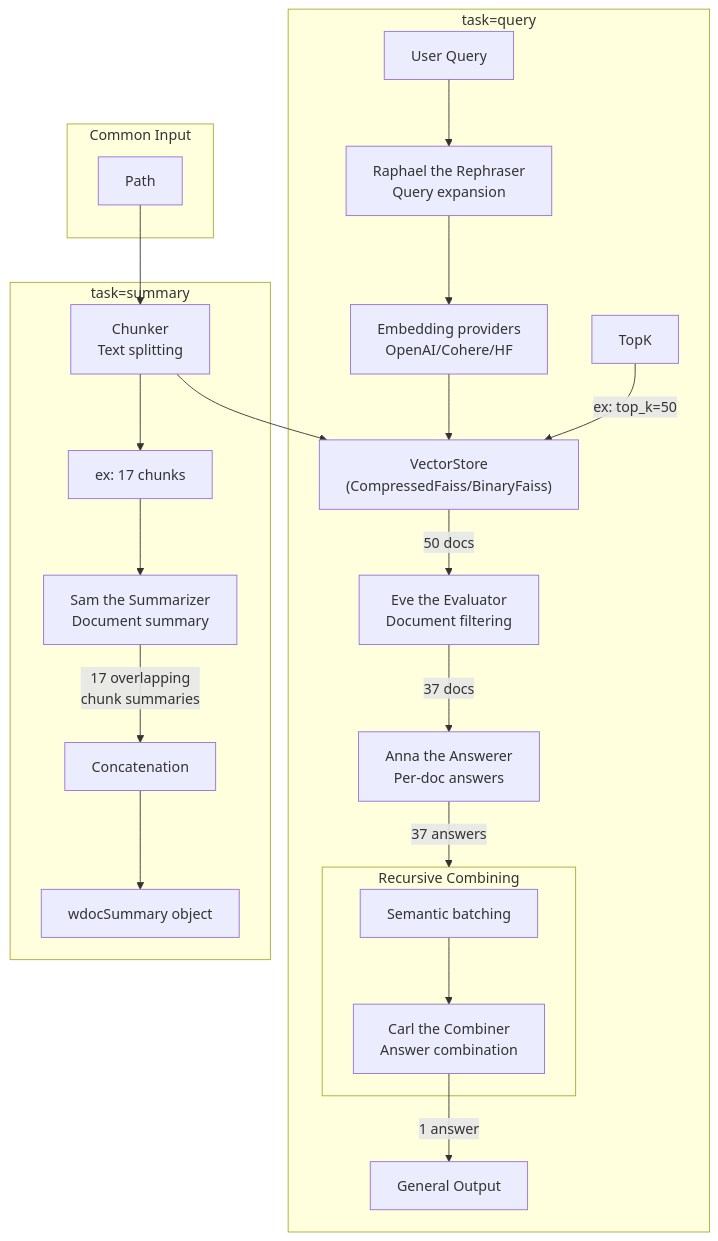
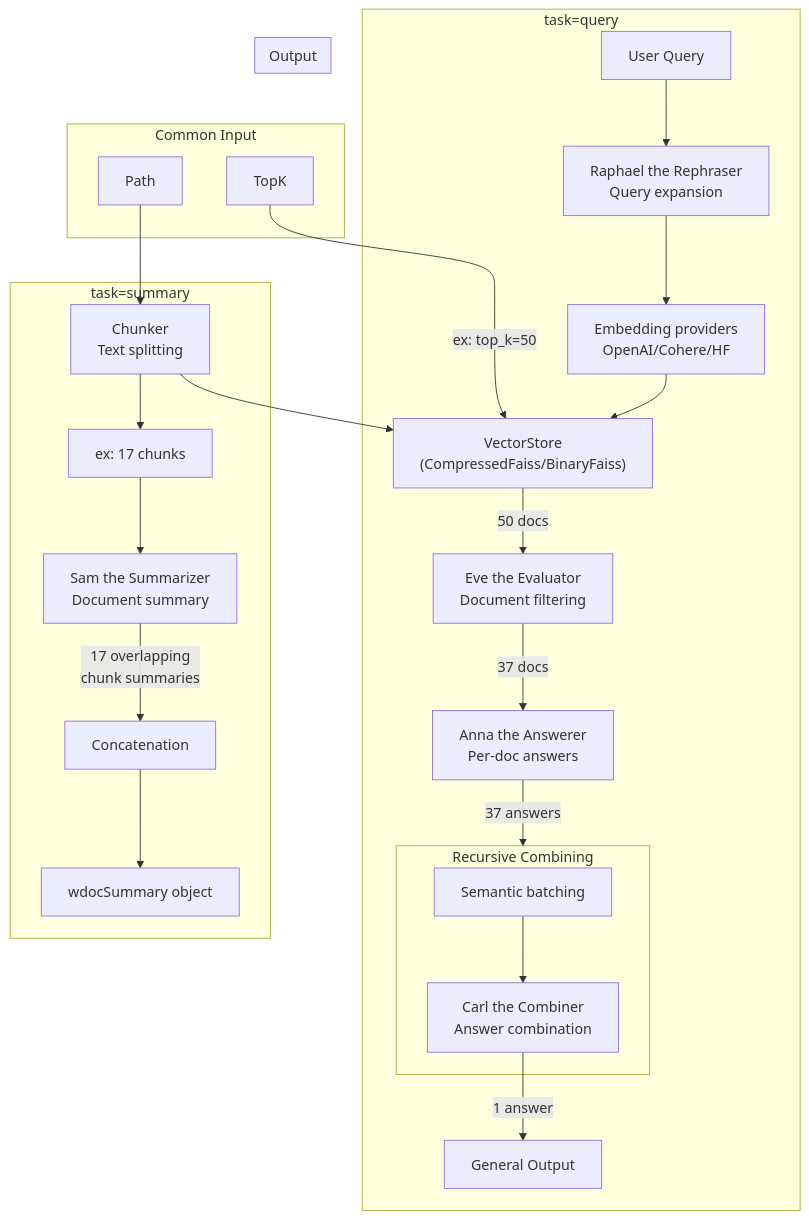
One commit to thiswillbeyourgithub/wdoc changed the diagram in images/diagram.mmd. Above: the diagram before and after it, drawn with Mermaid.

Commit message:
refactor: restructure diagram with common input, output box, and task-specific changes

```diff
--- a/images/diagram.mmd
+++ b/images/diagram.mmd
@@ -1,48 +1,53 @@
 flowchart TD
     subgraph CommonInput["Common Input"]
         Path["Path"]
+        TopK["TopK"]
     end
 
     Embeddings["Embedding providers<br/>OpenAI/Cohere/HF"]
     VectorStore["VectorStore<br/>(CompressedFaiss/BinaryFaiss)"]
     Chunker["Chunker<br/>Text splitting"]
 
     Path --> Chunker
     Chunker --> VectorStore
     Embeddings --> VectorStore
 
     subgraph QueryTask["task=query"]
         UserQuery["User Query"]
-        TopK["TopK"]
         Raphael["Raphael the Rephraser<br/>Query expansion"]
         Eve["Eve the Evaluator<br/>Document filtering"]
         Anna["Anna the Answerer<br/>Per-doc answers"]
         
         subgraph RecursiveCombining["Recursive Combining"]
             SemanticBatching["Semantic batching"]
             Carl["Carl the Combiner<br/>Answer combination"]
             SemanticBatching --> Carl
         end
         
         QueryOutput["General Output"]
         
         UserQuery --> Raphael
         Raphael --> Embeddings
         TopK -->|ex: top_k=50| VectorStore
         VectorStore -->|50 docs| Eve
         Eve -->|37 docs| Anna
         Anna -->|37 answers| RecursiveCombining
-        Carl -->|1 answer| QueryOutput
+        Carl -->|1 answer| QueryOutput["General Output"]
     end
 
     subgraph SummaryTask["task=summary"]
         ChunkExample["ex: 17 chunks"]
         Sam["Sam the Summarizer<br/>Document summary"]
         Concatenation["Concatenation"]
         SummaryOutput["wdocSummary object"]
         
         Chunker --> ChunkExample
         ChunkExample --> Sam
         Sam -->|17 overlapping<br/>chunk summaries| Concatenation
-        Concatenation --> SummaryOutput
+        Concatenation --> SummaryOutput["wdocSummary object"]
     end
+
+    subgraph Output["Output"]
+        QueryOutput
+        SummaryOutput
+    end
```
